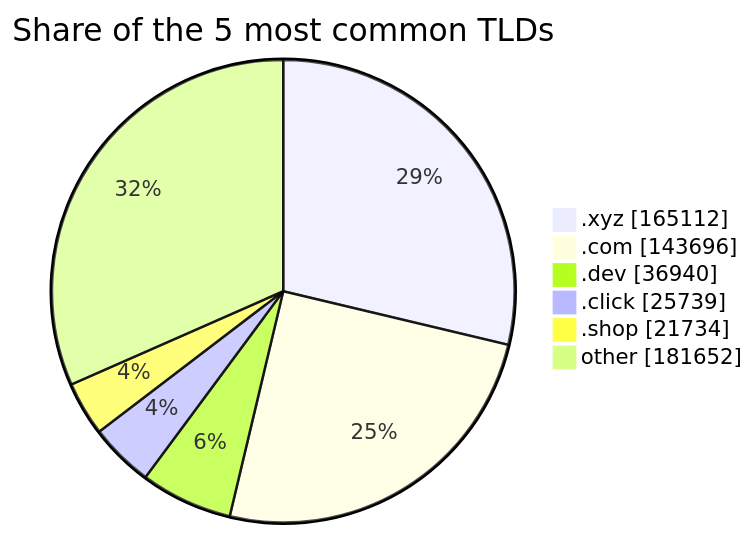
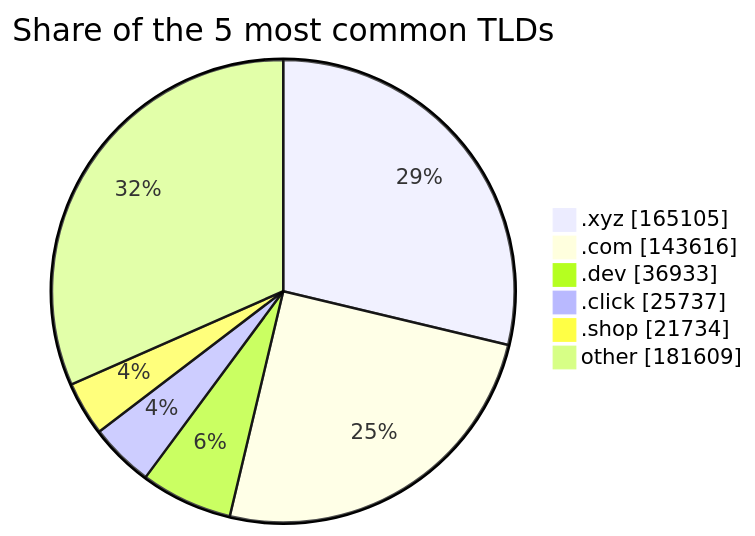
One commit to DNSBunker/CTI changed the third of 3 diagrams in README.md. Above: the diagram before and after it, drawn with Mermaid. The commit also changed other lines of this file and 3 other files, not shown here.

````diff
--- a/README.md
+++ b/README.md
@@ -81,9 +81,9 @@
 ```mermaid
 pie showData title Share of the 5 most common TLDs
-    ".xyz" : 165112
-    ".com" : 143696
-    ".dev" : 36940
-    ".click" : 25739
+    ".xyz" : 165105
+    ".com" : 143616
+    ".dev" : 36933
+    ".click" : 25737
     ".shop" : 21734
-    "other" : 181652
+    "other" : 181609
 ```
````
